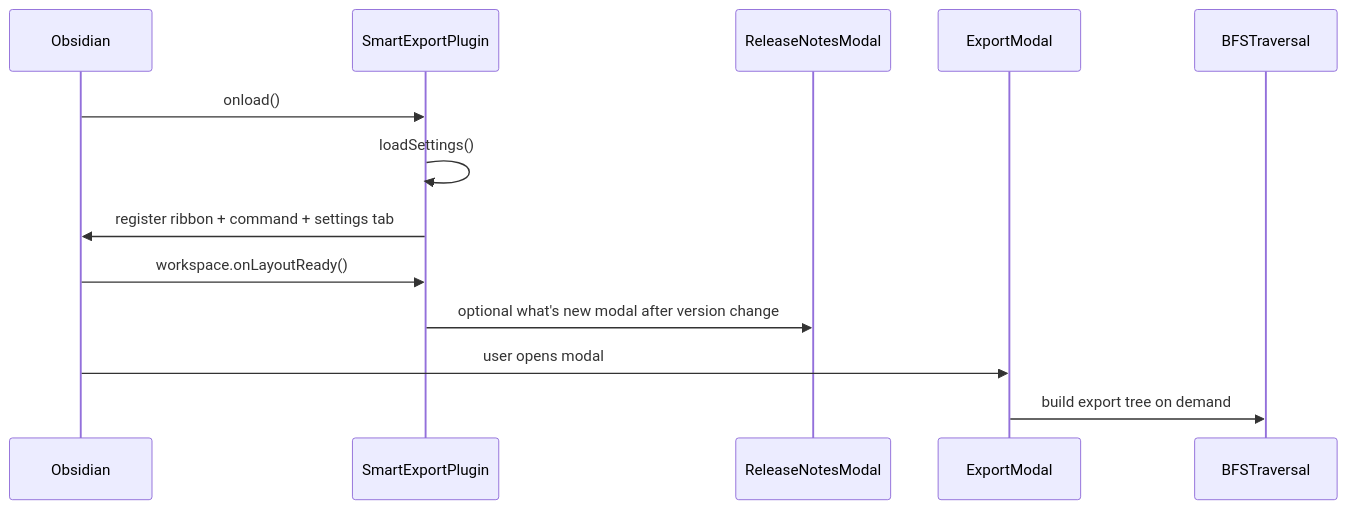
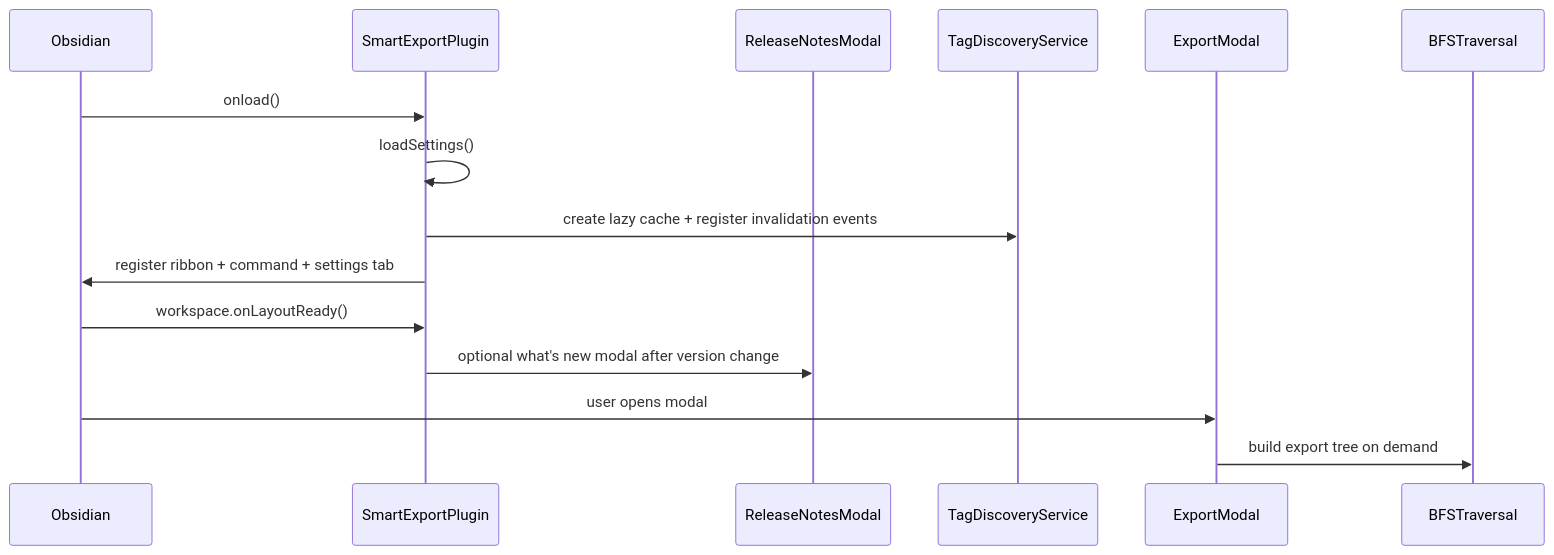
One commit to LittleHaku/obsidian-smart-export changed the diagram in docs/startup-process.md. Above: the diagram before and after it, drawn with Mermaid. The commit also changed other lines of this file and 16 other files, not shown here.

````diff
--- a/docs/startup-process.md
+++ b/docs/startup-process.md
@@ -22,16 +23,18 @@
 ```mermaid
 sequenceDiagram
     participant Obsidian
     participant Plugin as SmartExportPlugin
     participant ReleaseNotes as ReleaseNotesModal
+    participant Tags as TagDiscoveryService
     participant Modal as ExportModal
     participant Traversal as BFSTraversal
 
     Obsidian->>Plugin: onload()
     Plugin->>Plugin: loadSettings()
+    Plugin->>Tags: create lazy cache + register invalidation events
     Plugin->>Obsidian: register ribbon + command + settings tab
     Obsidian->>Plugin: workspace.onLayoutReady()
     Plugin->>ReleaseNotes: optional what's new modal after version change
     Obsidian->>Modal: user opens modal
     Modal->>Traversal: build export tree on demand
 ```
````
